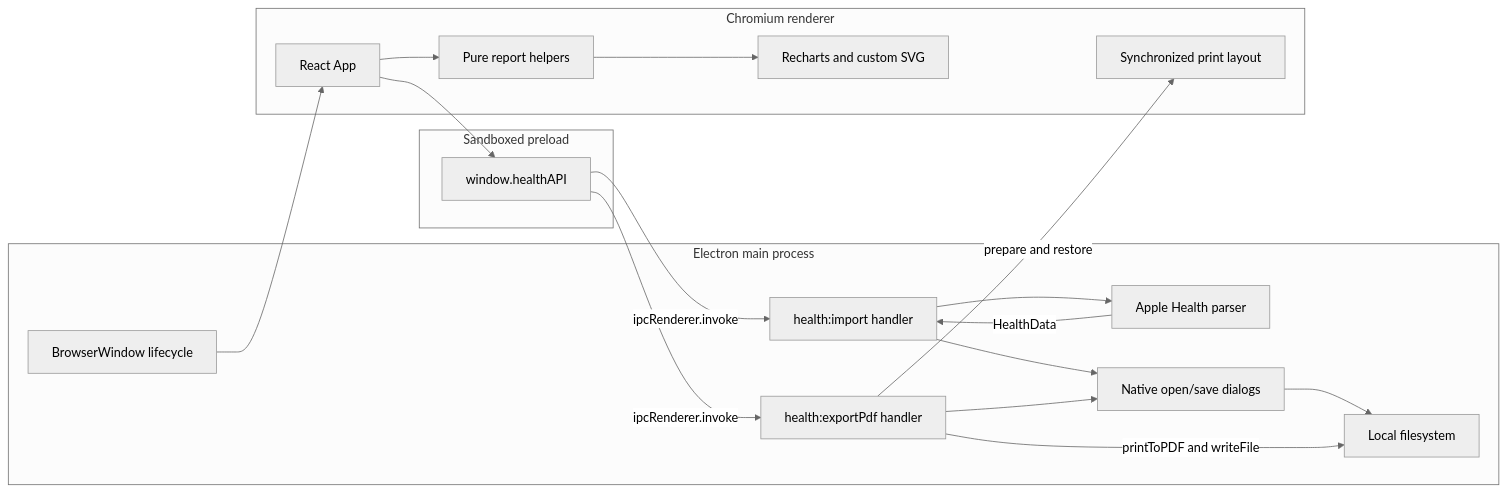
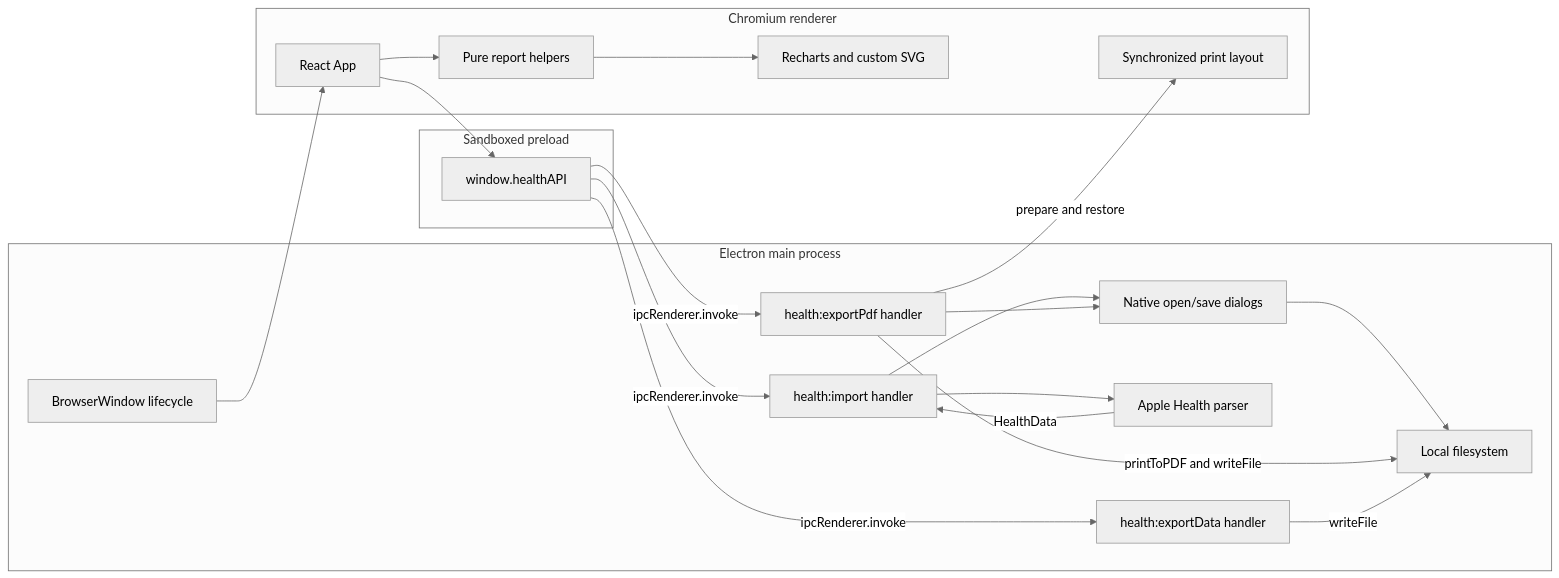
The first of 5 diagrams in docs/ARCHITECTURE.md (kiforsbe/ahdreport), drawn with Mermaid (neutral theme) before and after one commit. The commit also changed other lines of this file and 1 other file, not shown here.

Commit message:
Document export and chart updates

````diff
--- a/docs/ARCHITECTURE.md
+++ b/docs/ARCHITECTURE.md
@@ -17,34 +17,37 @@
 ```mermaid
 flowchart LR
     subgraph Main["Electron main process"]
         Window["BrowserWindow lifecycle"]
         ImportIPC["health:import handler"]
         PdfIPC["health:exportPdf handler"]
+        DataIPC["health:exportData handler"]
         Parser["Apple Health parser"]
         Dialogs["Native open/save dialogs"]
         Files["Local filesystem"]
     end
 
     subgraph Preload["Sandboxed preload"]
         Bridge["window.healthAPI"]
     end
 
     subgraph Renderer["Chromium renderer"]
         App["React App"]
         Report["Pure report helpers"]
         Charts["Recharts and custom SVG"]
         PrintState["Synchronized print layout"]
     end
 
     App --> Report --> Charts
     App --> Bridge
     Bridge -->|ipcRenderer.invoke| ImportIPC
     Bridge -->|ipcRenderer.invoke| PdfIPC
+    Bridge -->|ipcRenderer.invoke| DataIPC
     ImportIPC --> Dialogs --> Files
     ImportIPC --> Parser
     Parser -->|HealthData| ImportIPC
     PdfIPC --> Dialogs
     PdfIPC -->|prepare and restore| PrintState
     PdfIPC -->|printToPDF and writeFile| Files
+    DataIPC -->|writeFile| Files
     Window --> App
 ```
````
